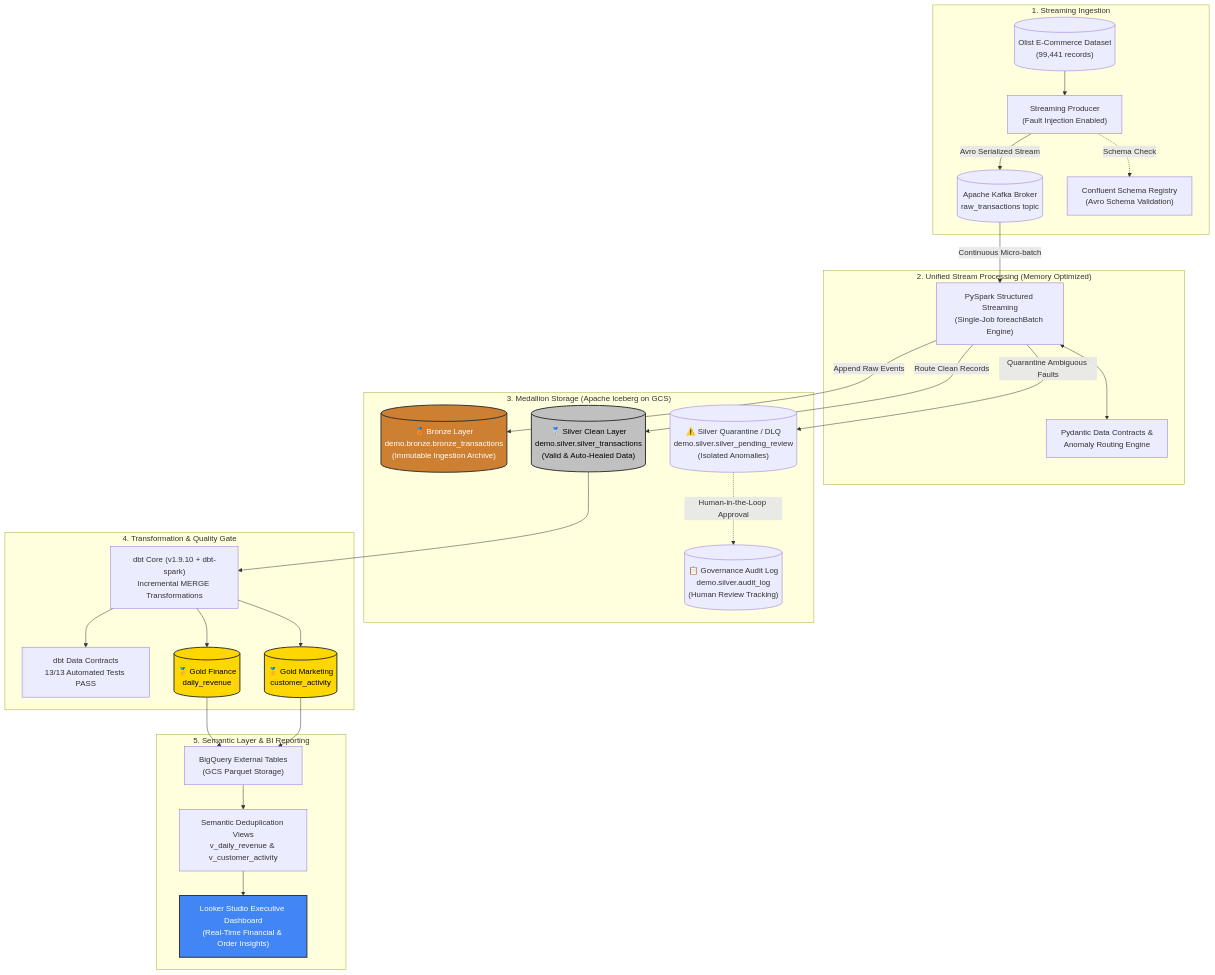
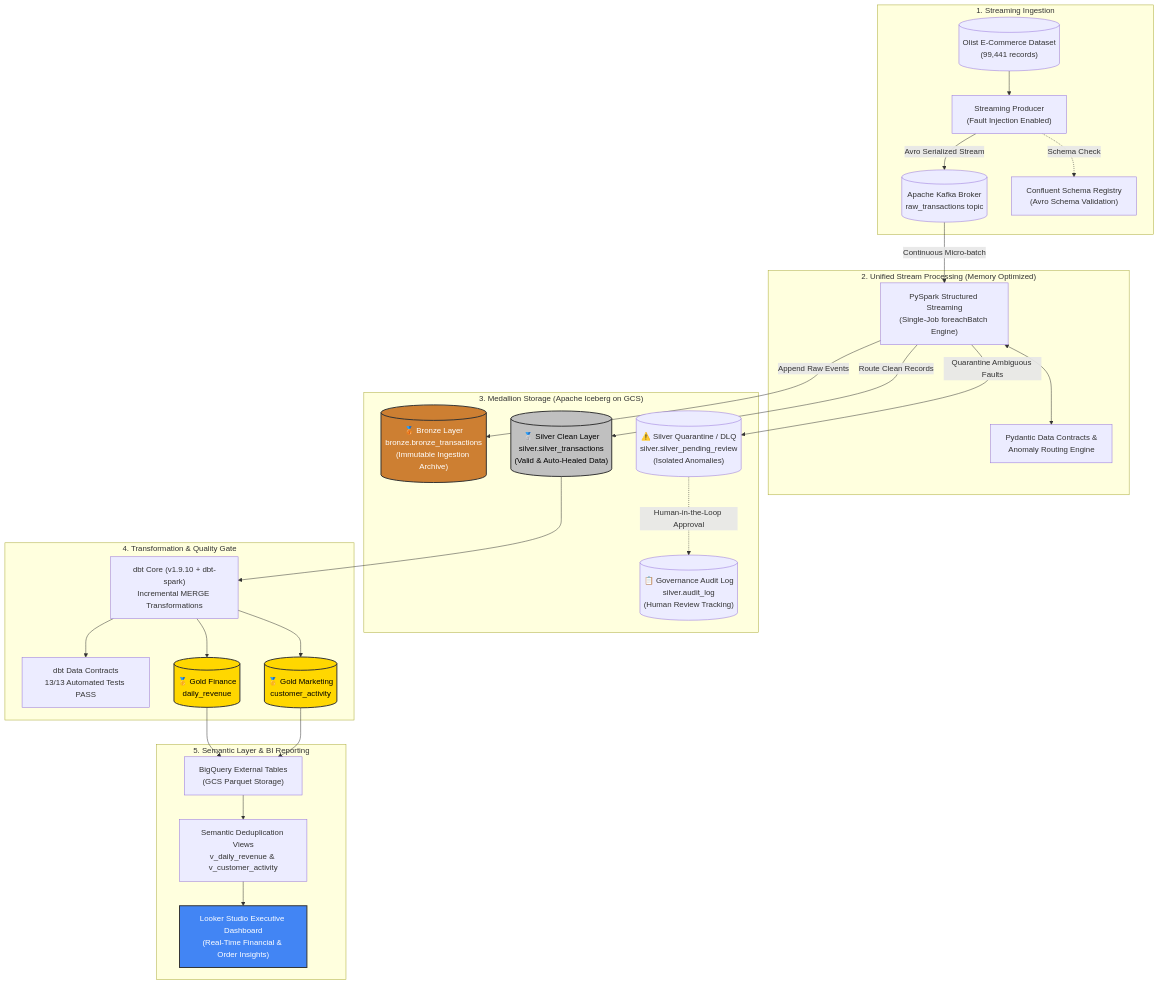
Before and after one commit to maidkalstit/Cloud2: the diagram in readme.md, drawn with Mermaid. The commit also changed other lines of this file, not shown here.

````diff
--- a/readme.md
+++ b/readme.md
@@ -25,63 +25,63 @@
 ```mermaid
 flowchart TD
     subgraph INGEST ["1. Streaming Ingestion"]
         DS[("Olist E-Commerce Dataset<br/>(99,441 records)")]
         PROD["Streaming Producer<br/>(Fault Injection Enabled)"]
         KAFKA[("Apache Kafka Broker<br/>raw_transactions topic")]
         SR["Confluent Schema Registry<br/>(Avro Schema Validation)"]
         
         DS --> PROD
         PROD -->|Avro Serialized Stream| KAFKA
         PROD -.->|Schema Check| SR
     end
 
     subgraph STREAM_PROCESS ["2. Unified Stream Processing (Memory Optimized)"]
         SPARK["PySpark Structured Streaming<br/>(Single-Job foreachBatch Engine)"]
         PYDANTIC["Pydantic Data Contracts &<br/>Anomaly Routing Engine"]
         
         KAFKA -->|Continuous Micro-batch| SPARK
         SPARK <--> PYDANTIC
     end
 
     subgraph LAKEHOUSE ["3. Medallion Storage (Apache Iceberg on GCS)"]
-        BRONZE[("🥉 Bronze Layer<br/>demo.bronze.bronze_transactions<br/>(Immutable Ingestion Archive)")]
-        SILVER[("🥈 Silver Clean Layer<br/>demo.silver.silver_transactions<br/>(Valid & Auto-Healed Data)")]
-        DLQ[("⚠️ Silver Quarantine / DLQ<br/>demo.silver.silver_pending_review<br/>(Isolated Anomalies)")]
-        AUDIT[("📋 Governance Audit Log<br/>demo.silver.audit_log<br/>(Human Review Tracking)")]
+        BRONZE[("🥉 Bronze Layer<br/>bronze.bronze_transactions<br/>(Immutable Ingestion Archive)")]
+        SILVER[("🥈 Silver Clean Layer<br/>silver.silver_transactions<br/>(Valid & Auto-Healed Data)")]
+        DLQ[("⚠️ Silver Quarantine / DLQ<br/>silver.silver_pending_review<br/>(Isolated Anomalies)")]
+        AUDIT[("📋 Governance Audit Log<br/>silver.audit_log<br/>(Human Review Tracking)")]
         
         SPARK -->|Append Raw Events| BRONZE
         SPARK -->|Route Clean Records| SILVER
         SPARK -->|Quarantine Ambiguous Faults| DLQ
         DLQ -.->|Human-in-the-Loop Approval| AUDIT
     end
 
     subgraph TRANSFORMATION ["4. Transformation & Quality Gate"]
         DBT["dbt Core (v1.9.10 + dbt-spark)<br/>Incremental MERGE Transformations"]
         TESTS["dbt Data Contracts<br/>13/13 Automated Tests PASS"]
         
         GOLD_FIN[("🥇 Gold Finance<br/>daily_revenue")]
         GOLD_MKT[("🥇 Gold Marketing<br/>customer_activity")]
         
         SILVER --> DBT
         DBT --> GOLD_FIN
         DBT --> GOLD_MKT
         DBT --> TESTS
     end
 
     subgraph BI ["5. Semantic Layer & BI Reporting"]
         BQ_EXT["BigQuery External Tables<br/>(GCS Parquet Storage)"]
         BQ_VIEWS["Semantic Deduplication Views<br/>v_daily_revenue & v_customer_activity"]
         LOOKER["Looker Studio Executive Dashboard<br/>(Real-Time Financial & Order Insights)"]
         
         GOLD_FIN --> BQ_EXT
         GOLD_MKT --> BQ_EXT
         BQ_EXT --> BQ_VIEWS
         BQ_VIEWS --> LOOKER
     end
 
     style BRONZE fill:#cd7f32,stroke:#333,stroke-width:2px,color:#fff
     style SILVER fill:#c0c0c0,stroke:#333,stroke-width:2px,color:#000
     style GOLD_FIN fill:#ffd700,stroke:#333,stroke-width:2px,color:#000
     style GOLD_MKT fill:#ffd700,stroke:#333,stroke-width:2px,color:#000
     style LOOKER fill:#4285f4,stroke:#333,stroke-width:2px,color:#fff
 ```
````
